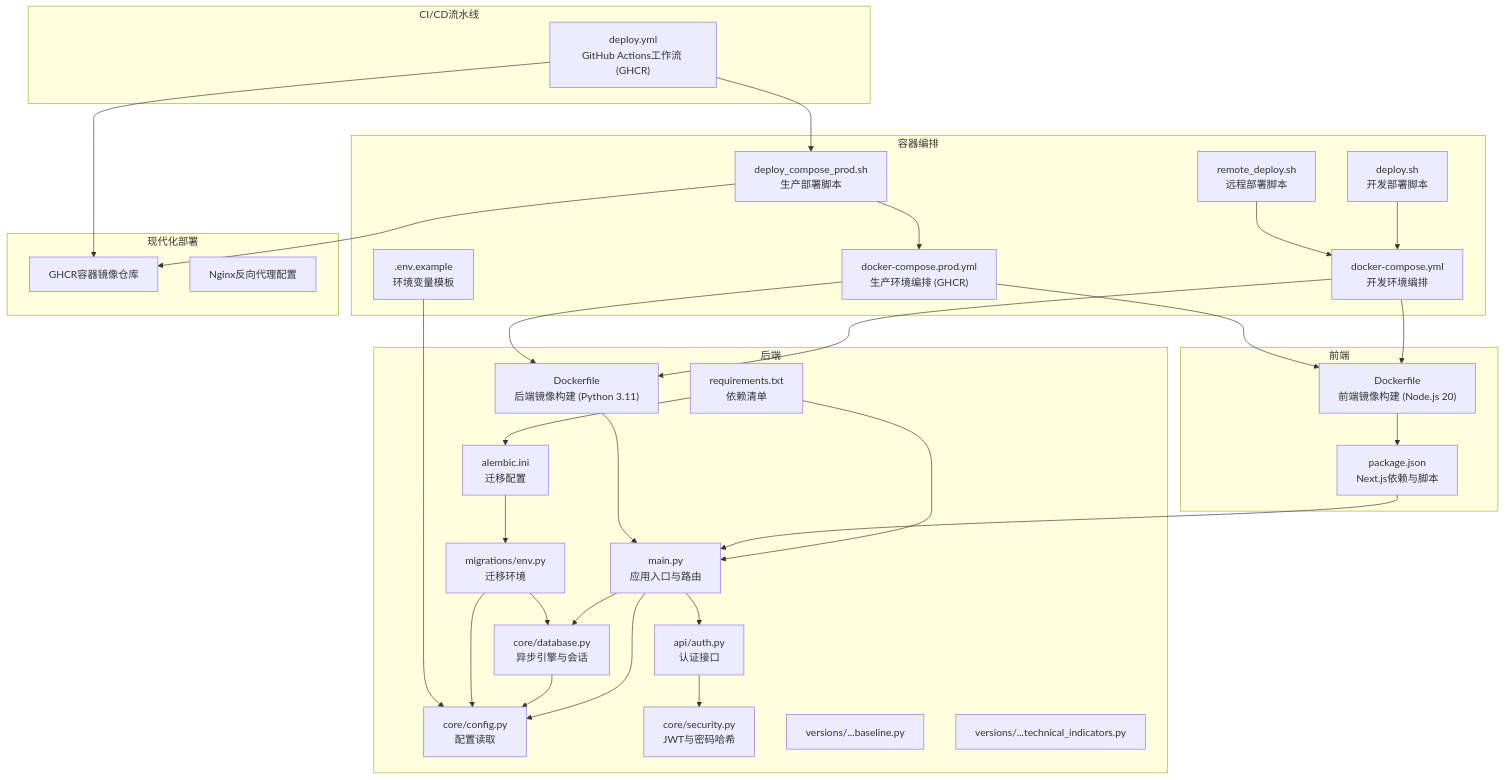
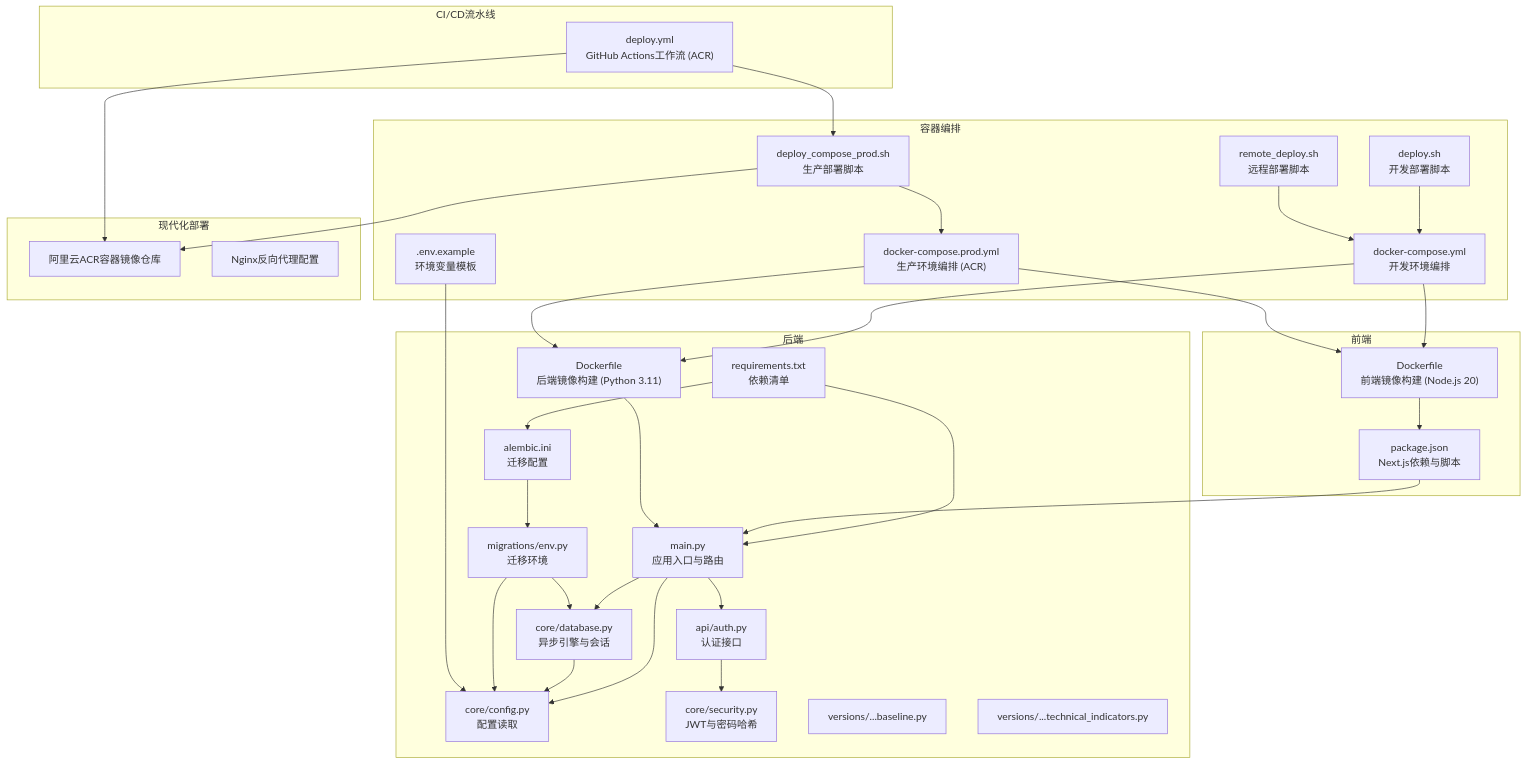
The first of 6 diagrams in .qoder/repowiki/zh/content/部署与运维/生产环境部署.md (breeze-lyf/ai-stock-advisor), drawn with Mermaid before and after one commit. The commit also changed other lines of this file and 3 other files, not shown here.

````diff
--- a/.qoder/repowiki/zh/content/部署与运维/生产环境部署.md
+++ b/.qoder/repowiki/zh/content/部署与运维/生产环境部署.md
@@ -66,59 +67,59 @@
 ```mermaid
 graph TB
 subgraph "后端"
 M["main.py<br/>应用入口与路由"]
 C["core/config.py<br/>配置读取"]
 D["core/database.py<br/>异步引擎与会话"]
 S["core/security.py<br/>JWT与密码哈希"]
 A["api/auth.py<br/>认证接口"]
 R["requirements.txt<br/>依赖清单"]
 L["alembic.ini<br/>迁移配置"]
 E["migrations/env.py<br/>迁移环境"]
 V1["versions/...baseline.py"]
 V2["versions/...technical_indicators.py"]
 DF["Dockerfile<br/>后端镜像构建 (Python 3.11)"]
 end
 subgraph "前端"
 P["package.json<br/>Next.js依赖与脚本"]
 FD["Dockerfile<br/>前端镜像构建 (Node.js 20)"]
 end
 subgraph "容器编排"
 DC["docker-compose.yml<br/>开发环境编排"]
-DCP["docker-compose.prod.yml<br/>生产环境编排 (GHCR)"]
+DCP["docker-compose.prod.yml<br/>生产环境编排 (ACR)"]
 DEP["deploy.sh<br/>开发部署脚本"]
 RDEP["remote_deploy.sh<br/>远程部署脚本"]
 PCDEP["deploy_compose_prod.sh<br/>生产部署脚本"]
 ENV[".env.example<br/>环境变量模板"]
 end
 subgraph "CI/CD流水线"
-GHA["deploy.yml<br/>GitHub Actions工作流 (GHCR)"]
+GHA["deploy.yml<br/>GitHub Actions工作流 (ACR)"]
 end
 subgraph "现代化部署"
-GHCR["GHCR容器镜像仓库"]
+ACR["阿里云ACR容器镜像仓库"]
 NGINX["Nginx反向代理配置"]
 end
 M --> A
 M --> C
 M --> D
 A --> S
 D --> C
 L --> E
 E --> C
 E --> D
 R --> M
 R --> L
 P --> M
 DF --> M
 FD --> P
 DC --> DF
 DC --> FD
 DCP --> DF
 DCP --> FD
 DEP --> DC
 RDEP --> DC
 PCDEP --> DCP
-PCDEP --> GHCR
+PCDEP --> ACR
 ENV --> C
 GHA --> PCDEP
-GHA --> GHCR
+GHA --> ACR
 ```
````
